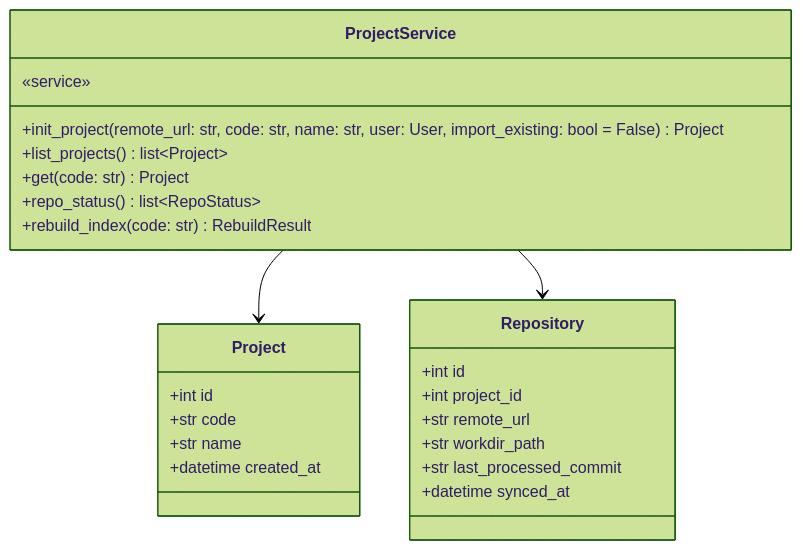
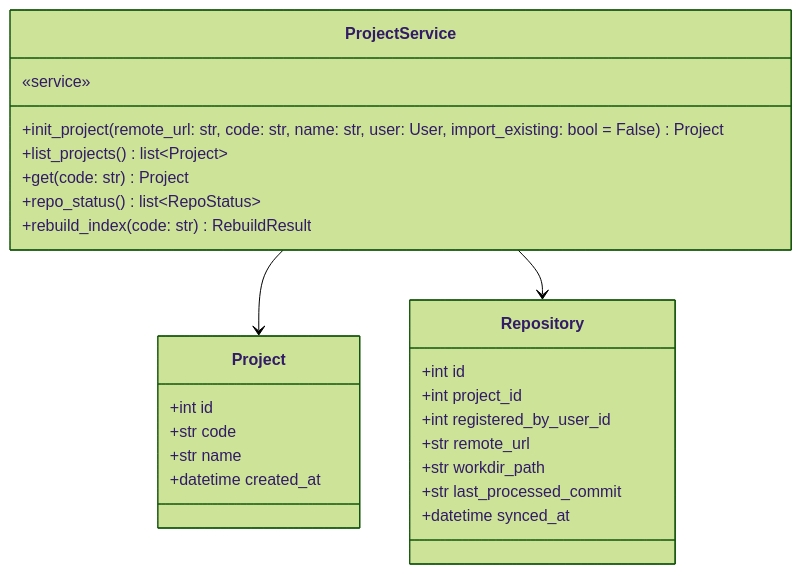
One commit to HoyoungParkme/syncdoc changed diagram 15 of 20 in docs/specs/DOM/SYNC-DOM-002.md. Above: the diagram before and after it, drawn with Mermaid (forest theme).

Commit message:
spec(SYNC-DOM-002): 4.1 Repository에도 registered_by_user_id (2장과 어긋나 entity.mismatch 경고)
Claude-Session: https://claude.ai/code/session_0153qS7LtsTmJtJF9A9f3gdj

````diff
--- a/docs/specs/DOM/SYNC-DOM-002.md
+++ b/docs/specs/DOM/SYNC-DOM-002.md
@@ -507,27 +507,28 @@
 ```mermaid
 classDiagram
     class ProjectService {
         «service»
         +init_project(remote_url: str, code: str, name: str, user: User, import_existing: bool = False) Project
         +list_projects() list~Project~
         +get(code: str) Project
         +repo_status() list~RepoStatus~
         +rebuild_index(code: str) RebuildResult
     }
     class Project {
         +int id
         +str code
         +str name
         +datetime created_at
     }
     class Repository {
         +int id
         +int project_id
+        +int registered_by_user_id
         +str remote_url
         +str workdir_path
         +str last_processed_commit
         +datetime synced_at
     }
     ProjectService --> Project
     ProjectService --> Repository
 ```
````
